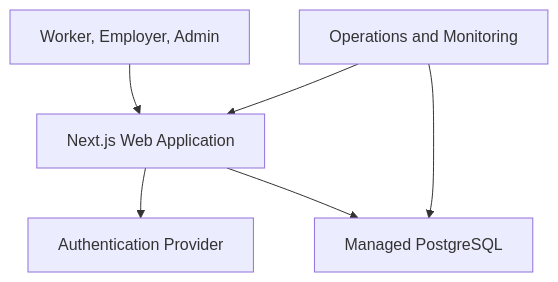
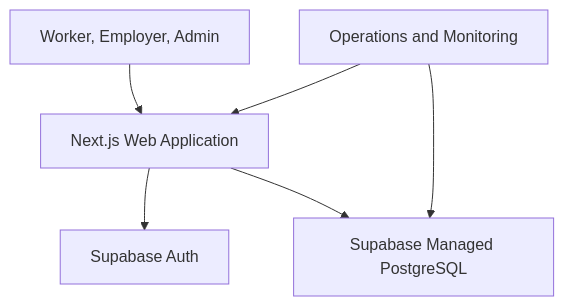
Before and after one commit to umarhyl/rintara: the diagram in docs/engineering/ARCHITECTURE.md, drawn with Mermaid. The commit also changed other lines of this file and 14 other files, not shown here.

Commit message:
docs: update architecture and deployment documentation to reflect Supabase and Vercel integration

````diff
--- a/docs/engineering/ARCHITECTURE.md
+++ b/docs/engineering/ARCHITECTURE.md
@@ -42,8 +42,8 @@
 ```mermaid
 flowchart TD
     U["Worker, Employer, Admin"] --> W["Next.js Web Application"]
-    W --> A["Authentication Provider"]
-    W --> P["Managed PostgreSQL"]
+    W --> A["Supabase Auth"]
+    W --> P["Supabase Managed PostgreSQL"]
     O["Operations and Monitoring"] --> W
     O --> P
 ```
````
